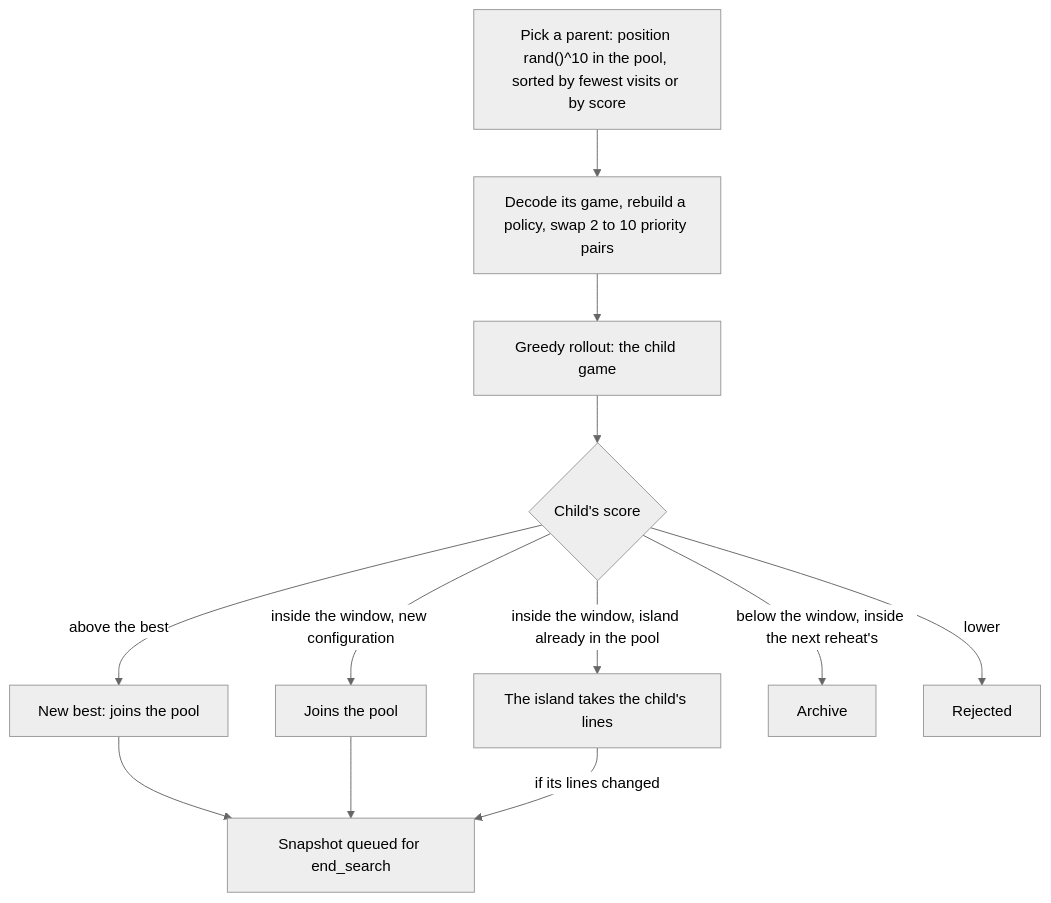
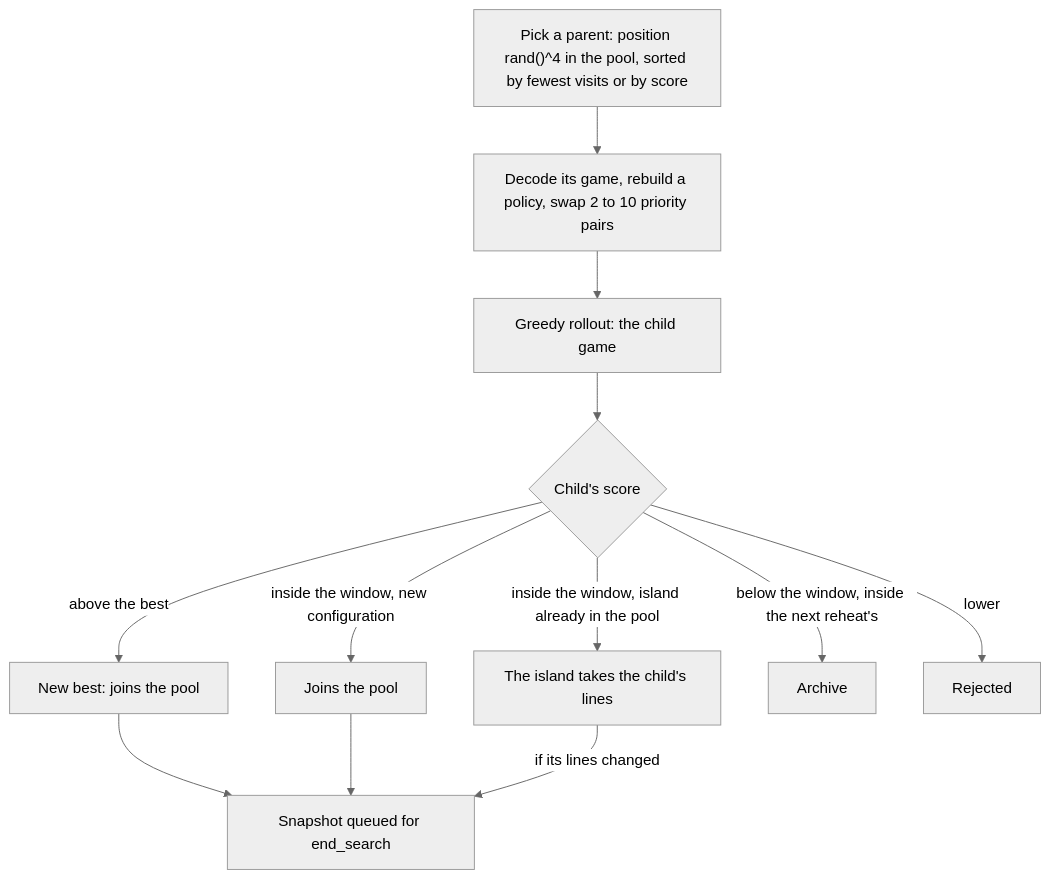
One commit to koozdra/Morpion-Julia changed the third of 5 diagrams in README.md. Above: the diagram before and after it, drawn with Mermaid (neutral theme). The commit also changed other lines of this file and 3 other files, not shown here.

````diff
--- a/README.md
+++ b/README.md
@@ -79,14 +79,14 @@
 ```mermaid
 flowchart TD
-    A["Pick a parent: position rand()^10 in the pool, sorted by fewest visits or by score"] --> B["Decode its game, rebuild a policy, swap 2 to 10 priority pairs"]
+    A["Pick a parent: position rand()^4 in the pool, sorted by fewest visits or by score"] --> B["Decode its game, rebuild a policy, swap 2 to 10 priority pairs"]
     B --> C["Greedy rollout: the child game"]
     C --> D{"Child's score"}
     D -- "above the best" --> E["New best: joins the pool"]
     D -- "inside the window, new configuration" --> F["Joins the pool"]
     D -- "inside the window, island already in the pool" --> H["The island takes the child's lines"]
     D -- "below the window, inside the next reheat's" --> I["Archive"]
     D -- "lower" --> J["Rejected"]
     E --> Q["Snapshot queued for end_search"]
     F --> Q
     H -- "if its lines changed" --> Q
 ```
````
